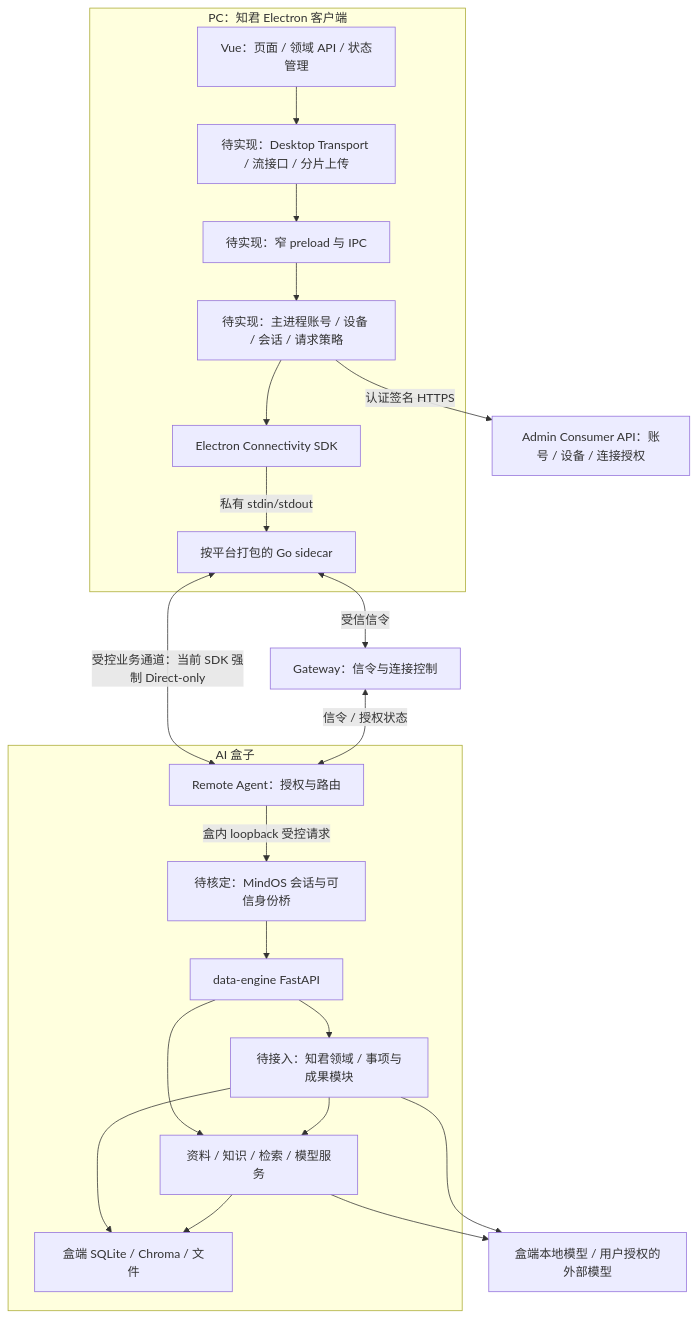
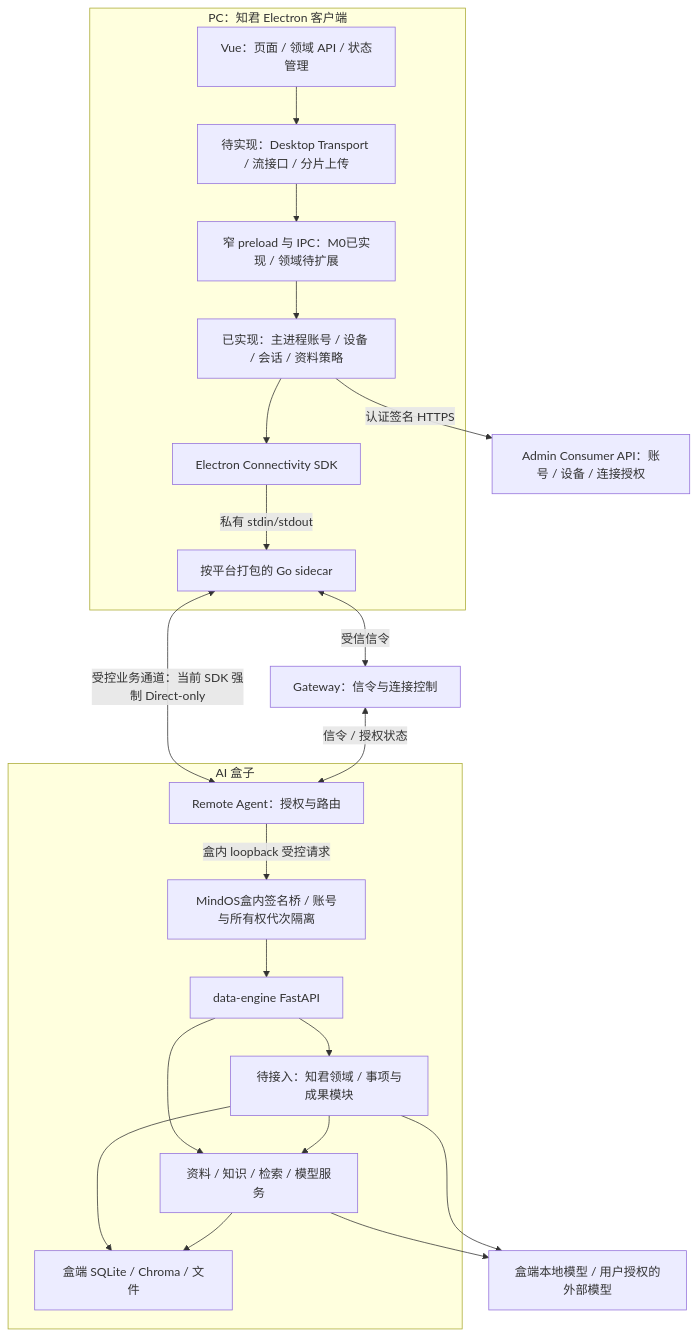
The third of 4 diagrams in docs/development/ARCHITECTURE-0905.md (finewood2008/centaurAI-zhijun), drawn with Mermaid before and after one commit. The commit also changed other lines of this file and 22 other files, not shown here.

````diff
--- a/docs/development/ARCHITECTURE-0905.md
+++ b/docs/development/ARCHITECTURE-0905.md
@@ -149,36 +156,36 @@
 ```mermaid
 flowchart TB
   subgraph pc[PC：知君 Electron 客户端]
     ui[Vue：页面 / 领域 API / 状态管理]
     transport[待实现：Desktop Transport / 流接口 / 分片上传]
-    preload[待实现：窄 preload 与 IPC]
-    main[待实现：主进程账号 / 设备 / 会话 / 请求策略]
+    preload[窄 preload 与 IPC：M0已实现 / 领域待扩展]
+    main[已实现：主进程账号 / 设备 / 会话 / 资料策略]
     sdk[Electron Connectivity SDK]
     sidecar[按平台打包的 Go sidecar]
     ui --> transport --> preload --> main --> sdk
     sdk -->|私有 stdin/stdout| sidecar
   end
   admin[Admin Consumer API：账号 / 设备 / 连接授权]
   gateway[Gateway：信令与连接控制]
   main -->|认证签名 HTTPS| admin
   sidecar <-->|受信信令| gateway
   subgraph box[AI 盒子]
     agent[Remote Agent：授权与路由]
-    auth[待核定：MindOS 会话与可信身份桥]
+    auth[MindOS盒内签名桥 / 账号与所有权代次隔离]
     engine[data-engine FastAPI]
     zj[待接入：知君领域 / 事项与成果模块]
     data[资料 / 知识 / 检索 / 模型服务]
     state[盒端 SQLite / Chroma / 文件]
     agent -->|盒内 loopback 受控请求| auth --> engine
     engine --> zj
     engine --> data
     zj --> data
     zj --> state
     data --> state
   end
   sidecar <-->|受控业务通道：当前 SDK 强制 Direct-only| agent
   gateway <-->|信令 / 授权状态| agent
   model[盒端本地模型 / 用户授权的外部模型]
   data --> model
   zj --> model
 ```
````
